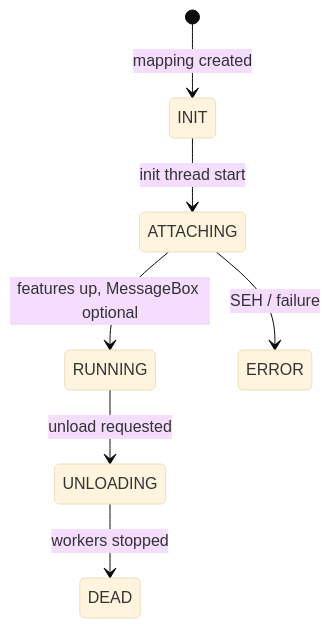
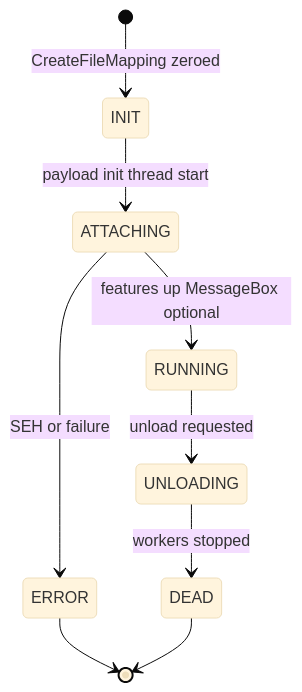
Before and after one commit to LucasZhang3/ManualMapper: the first of 2 diagrams in docs/payload-dll.md, drawn with Mermaid (base theme). The commit also changed other lines of this file and 1 other file, not shown here.

Commit message:
Expand payload DLL developer documentation

````diff
--- a/docs/payload-dll.md
+++ b/docs/payload-dll.md
@@ -83,9 +105,11 @@
 ```mermaid
 stateDiagram-v2
-    [*] --> INIT: mapping created
-    INIT --> ATTACHING: init thread start
-    ATTACHING --> RUNNING: features up, MessageBox optional
+    [*] --> INIT: CreateFileMapping zeroed
+    INIT --> ATTACHING: payload init thread start
+    ATTACHING --> RUNNING: features up MessageBox optional
     RUNNING --> UNLOADING: unload requested
     UNLOADING --> DEAD: workers stopped
-    ATTACHING --> ERROR: SEH / failure
+    ATTACHING --> ERROR: SEH or failure
+    ERROR --> [*]
+    DEAD --> [*]
 ```
````
